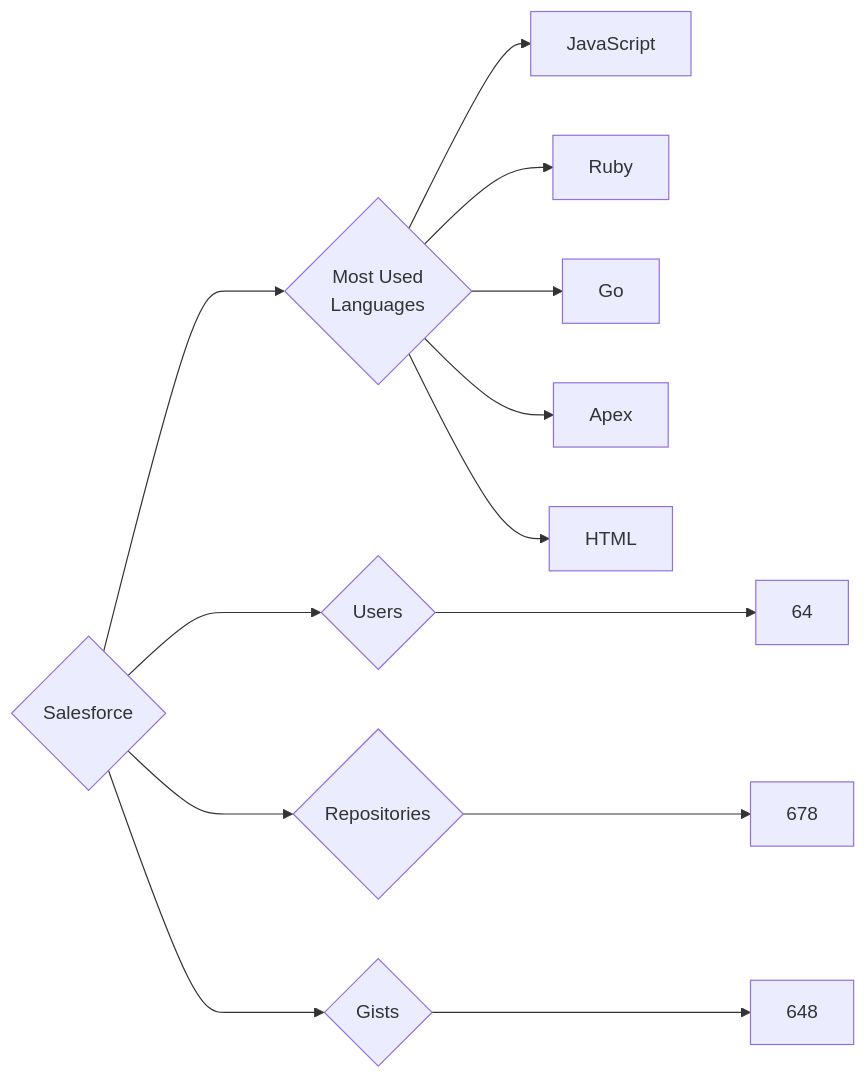
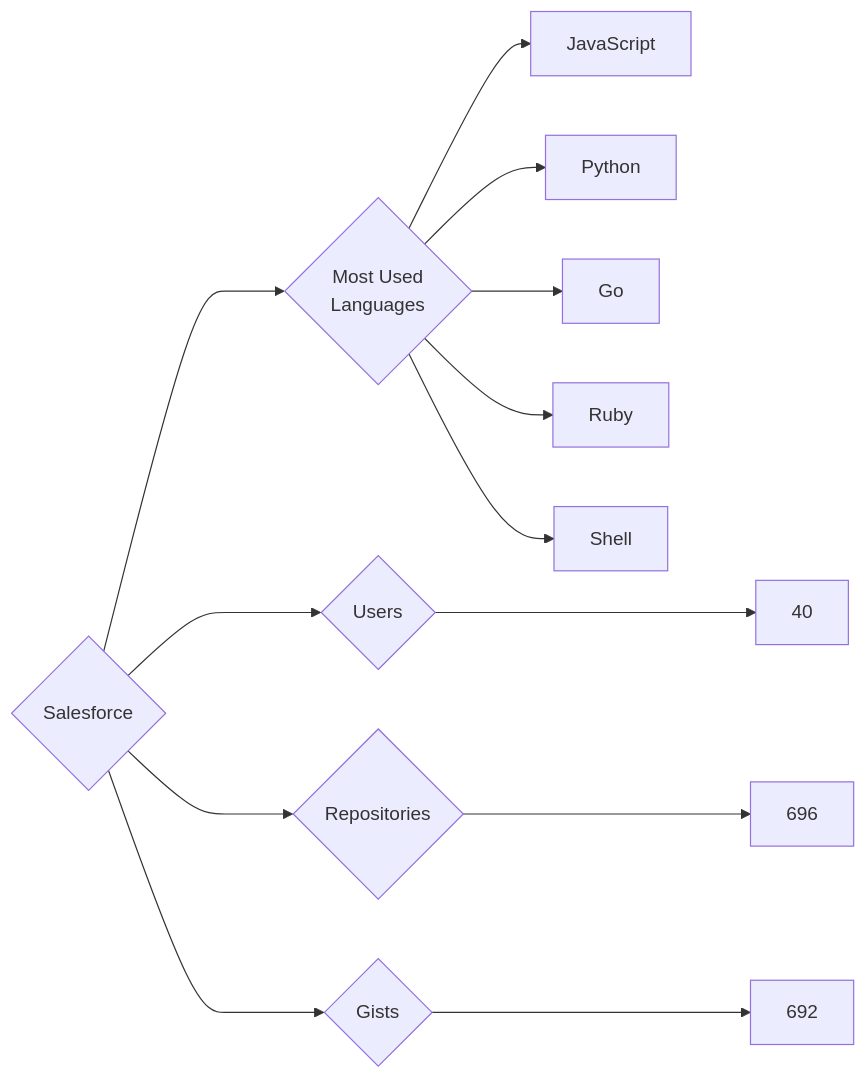
The diagram in targets/Salesforce/README.md (trickest/insiders), drawn with Mermaid before and after one commit. The commit also changed 886 other files, not shown here.

````diff
--- a/targets/Salesforce/README.md
+++ b/targets/Salesforce/README.md
@@ -3,13 +3,13 @@
 ```mermaid
 graph LR
 COMPANY_NAME{Salesforce}
-COMPANY_NAME ---> U{Users} ---> UN[64]
-COMPANY_NAME ---> R{Repositories} ---> RN[678]
-COMPANY_NAME ---> G{Gists} ---> GN[648]
+COMPANY_NAME ---> U{Users} ---> UN[40]
+COMPANY_NAME ---> R{Repositories} ---> RN[696]
+COMPANY_NAME ---> G{Gists} ---> GN[692]
 COMPANY_NAME ---> ML{Most Used<br>Languages}
 ML --> JavaScript[JavaScript]
+ML --> Python[Python]
+ML --> Go[Go]
 ML --> Ruby[Ruby]
-ML --> Go[Go]
-ML --> Apex[Apex]
-ML --> HTML[HTML]
+ML --> Shell[Shell]
 ```
````
